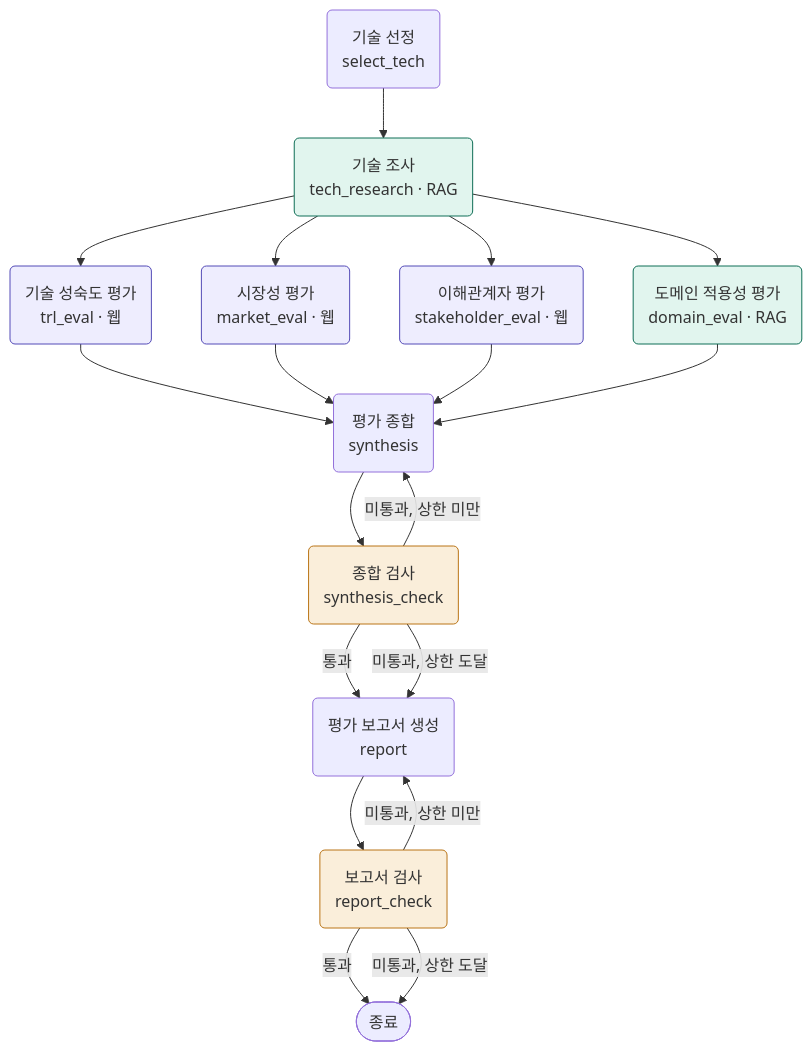
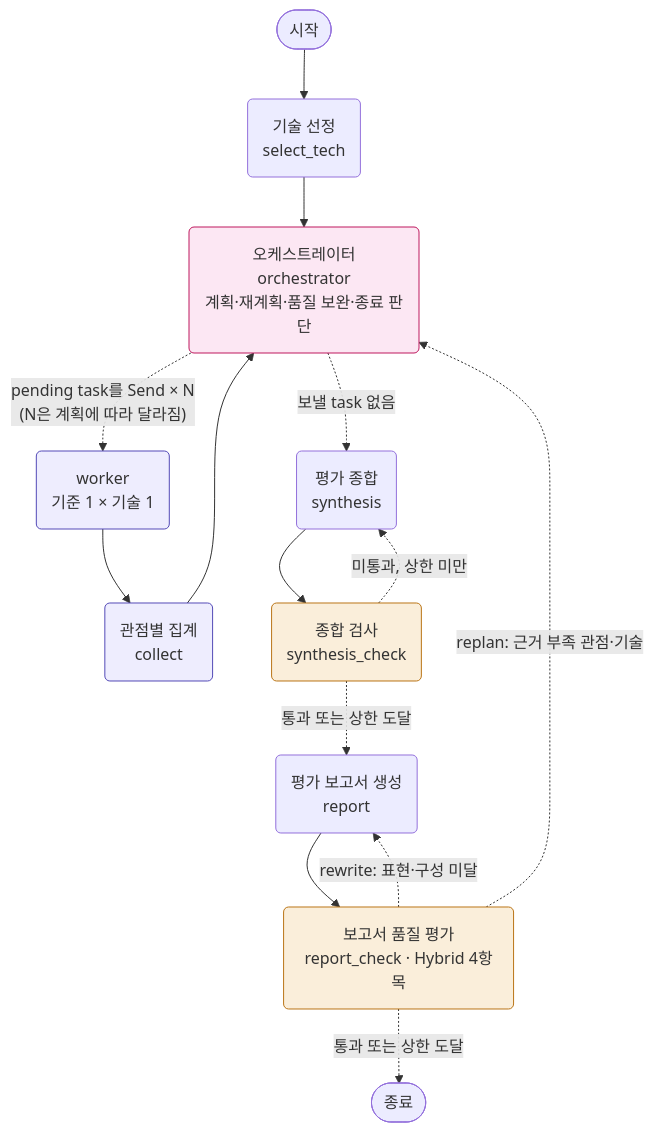
Before and after one commit to Jieun1ee/RAG-pipeline: the first of 2 diagrams in README.md, drawn with Mermaid. The commit also changed other lines of this file, not shown here.

First line of the commit message:
docs: README를 Orchestrator-Workers 구조 기준으로 갱신

````diff
--- a/README.md
+++ b/README.md
@@ -165,26 +205,22 @@
 ```mermaid
 flowchart TD
-    A(기술 선정<br/>select_tech) --> B(기술 조사<br/>tech_research · RAG)
-    B --> T(기술 성숙도 평가<br/>trl_eval · 웹)
-    B --> C(시장성 평가<br/>market_eval · 웹)
-    B --> D(이해관계자 평가<br/>stakeholder_eval · 웹)
-    B --> E(도메인 적용성 평가<br/>domain_eval · RAG)
-    T --> F(평가 종합<br/>synthesis)
-    C --> F
-    D --> F
-    E --> F
+    S([시작]) --> A(기술 선정<br/>select_tech)
+    A --> O(오케스트레이터<br/>orchestrator<br/>계획·재계획·품질 보완·종료 판단)
+    O -.->|"pending task를 Send × N<br/>(N은 계획에 따라 달라짐)"| W(worker<br/>기준 1 × 기술 1)
+    W --> C(관점별 집계<br/>collect)
+    C --> O
+    O -.->|보낼 task 없음| F(평가 종합<br/>synthesis)
     F --> FC(종합 검사<br/>synthesis_check)
-    FC -->|통과| G(평가 보고서 생성<br/>report)
-    FC -->|미통과, 상한 미만| F
-    FC -->|미통과, 상한 도달| G
-    G --> GC(보고서 검사<br/>report_check)
-    GC -->|통과| Z([종료])
-    GC -->|미통과, 상한 미만| G
-    GC -->|미통과, 상한 도달| Z
-    classDef rag fill:#E1F5EE,stroke:#0F6E56
-    classDef web fill:#EEEDFE,stroke:#534AB7
+    FC -.->|미통과, 상한 미만| F
+    FC -.->|통과 또는 상한 도달| G(평가 보고서 생성<br/>report)
+    G --> GC(보고서 품질 평가<br/>report_check · Hybrid 4항목)
+    GC -.->|rewrite: 표현·구성 미달| G
+    GC -.->|replan: 근거 부족 관점·기술| O
+    GC -.->|통과 또는 상한 도달| Z([종료])
+    classDef orch fill:#FCE7F3,stroke:#BE185D
+    classDef worker fill:#EEEDFE,stroke:#534AB7
     classDef check fill:#FAEEDA,stroke:#BA7517
-    class B,E rag
-    class T,C,D web
+    class O orch
+    class W,C worker
     class FC,GC check
 ```
````
